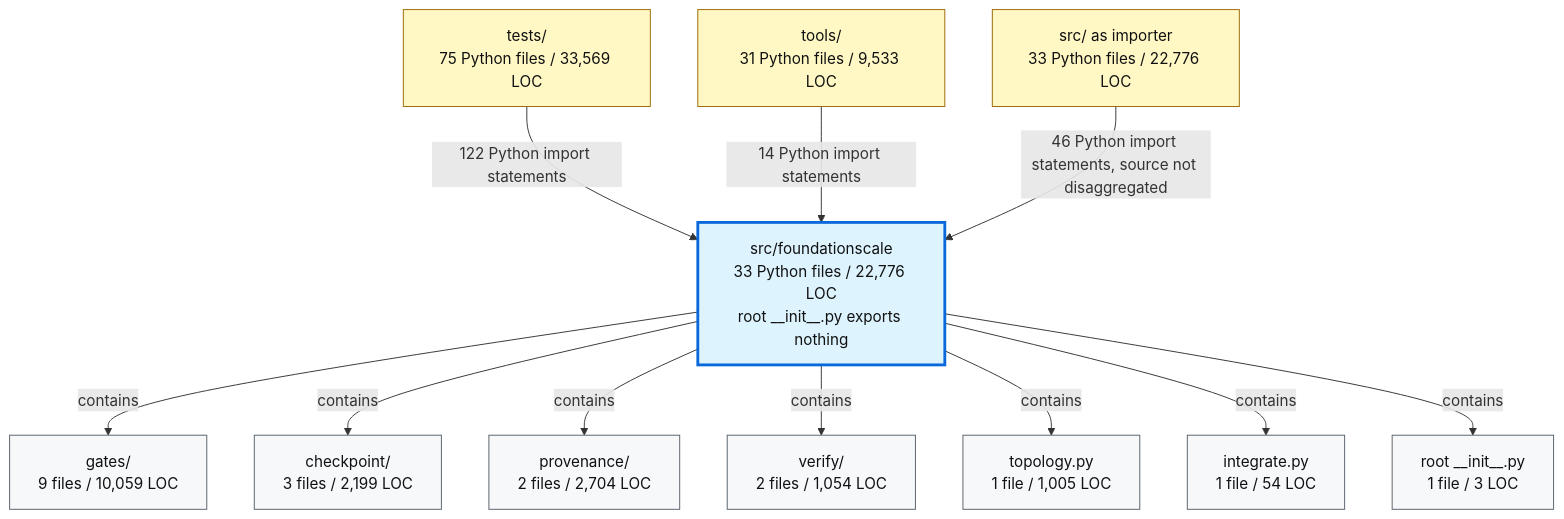
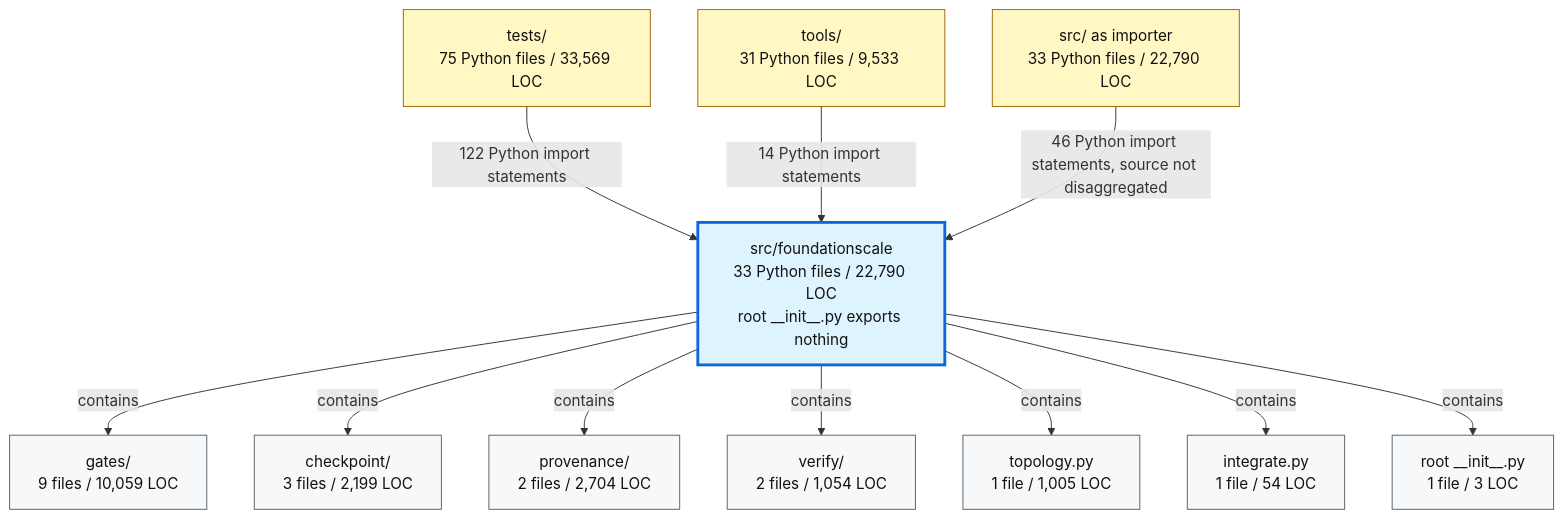
The second of 2 diagrams in docs/review/D2_current_architecture.md (TranNhiem/FoundationScale), drawn with Mermaid before and after one commit. The commit also changed other lines of this file and 14 other files, not shown here.

````diff
--- a/docs/review/D2_current_architecture.md
+++ b/docs/review/D2_current_architecture.md
@@ -97,36 +97,36 @@
 ```mermaid
 flowchart TB
   TESTS["tests/<br/>75 Python files / 33,569 LOC"]
   TOOLS["tools/<br/>31 Python files / 9,533 LOC"]
-  SRC["src/ as importer<br/>33 Python files / 22,776 LOC"]
+  SRC["src/ as importer<br/>33 Python files / 22,790 LOC"]
 
-  FS["src/foundationscale<br/>33 Python files / 22,776 LOC<br/>root __init__.py exports nothing"]
+  FS["src/foundationscale<br/>33 Python files / 22,790 LOC<br/>root __init__.py exports nothing"]
 
   GATES["gates/<br/>9 files / 10,059 LOC"]
   CKPT["checkpoint/<br/>3 files / 2,199 LOC"]
   PROV["provenance/<br/>2 files / 2,704 LOC"]
   VERIFY["verify/<br/>2 files / 1,054 LOC"]
   TOPO["topology.py<br/>1 file / 1,005 LOC"]
   INTEG["integrate.py<br/>1 file / 54 LOC"]
   ROOT["root __init__.py<br/>1 file / 3 LOC"]
 
   TESTS -->|"122 Python import statements"| FS
   TOOLS -->|"14 Python import statements"| FS
   SRC -->|"46 Python import statements, source not disaggregated"| FS
 
   FS -->|"contains"| GATES
   FS -->|"contains"| CKPT
   FS -->|"contains"| PROV
   FS -->|"contains"| VERIFY
   FS -->|"contains"| TOPO
   FS -->|"contains"| INTEG
   FS -->|"contains"| ROOT
 
   classDef consumer fill:#fff8c5,stroke:#9a6700,color:#111;
   classDef package fill:#ddf4ff,stroke:#0969da,stroke-width:3px,color:#111;
   classDef module fill:#f6f8fa,stroke:#57606a,color:#111;
 
   class TESTS,TOOLS,SRC consumer;
   class FS package;
   class GATES,CKPT,PROV,VERIFY,TOPO,INTEG,ROOT module;
 ```
````
